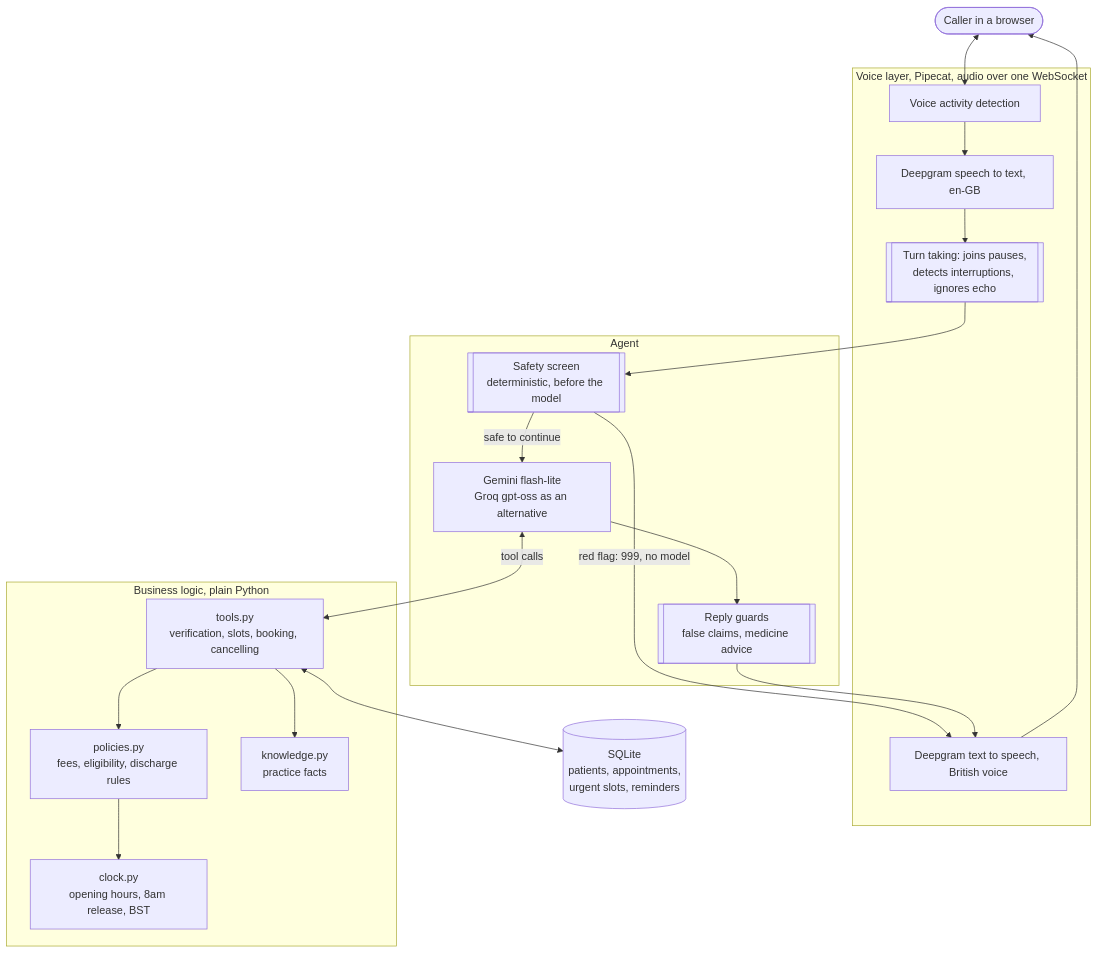
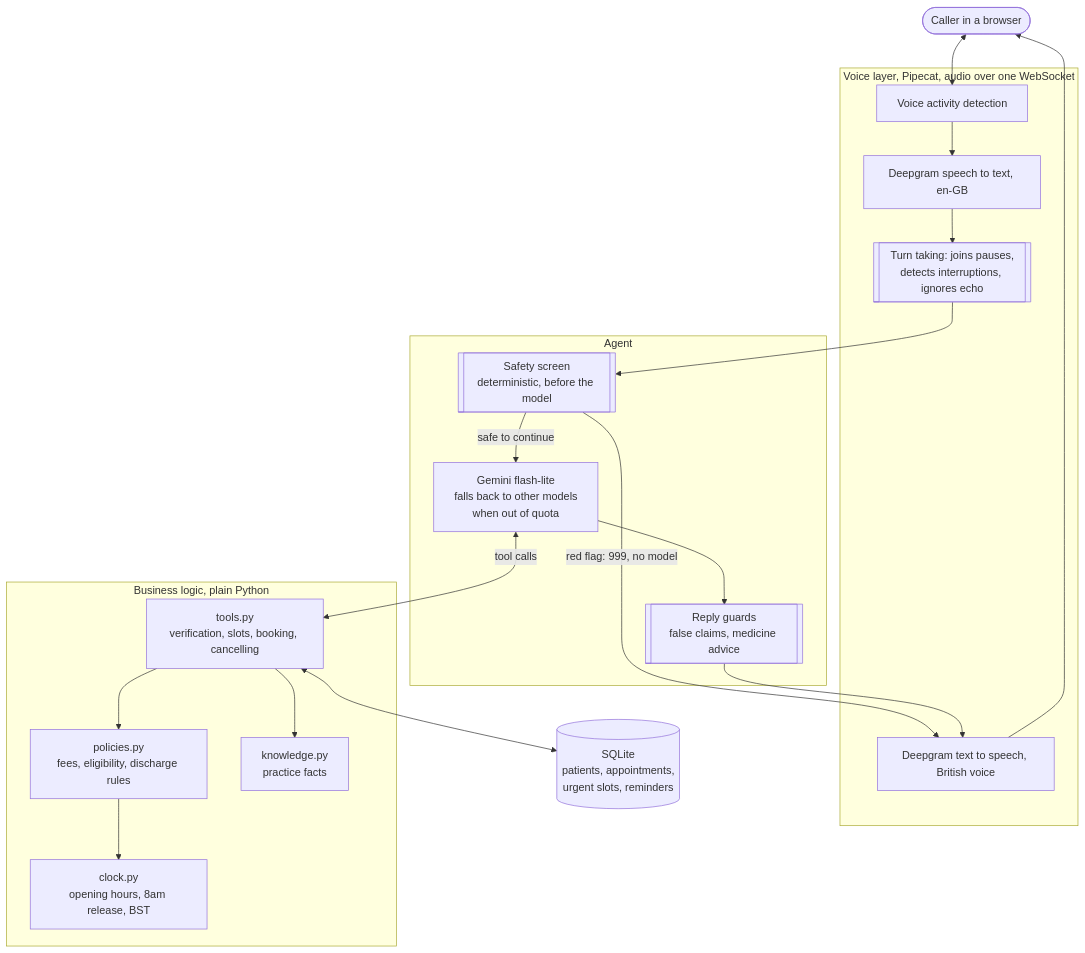
Before and after one commit to MihirGambhire/sophia-dental-voice-agent: the diagram in README.md, drawn with Mermaid. The commit also changed other lines of this file and 14 other files, not shown here.

````diff
--- a/README.md
+++ b/README.md
@@ -132,37 +132,37 @@
 ```mermaid
 flowchart TB
     Caller([Caller in a browser])
 
     subgraph Voice["Voice layer, Pipecat, audio over one WebSocket"]
         VAD[Voice activity detection]
         STT[Deepgram speech to text, en-GB]
         Turn[[Turn taking: joins pauses,<br/>detects interruptions, ignores echo]]
         TTS[Deepgram text to speech, British voice]
     end
 
     subgraph Agent["Agent"]
         Safety[[Safety screen<br/>deterministic, before the model]]
-        LLM[Gemini flash-lite<br/>Groq gpt-oss as an alternative]
+        LLM[Gemini flash-lite<br/>falls back to other models<br/>when out of quota]
         Guards[[Reply guards<br/>false claims, medicine advice]]
     end
 
     subgraph Logic["Business logic, plain Python"]
         Tools[tools.py<br/>verification, slots, booking, cancelling]
         Policies[policies.py<br/>fees, eligibility, discharge rules]
         Clock[clock.py<br/>opening hours, 8am release, BST]
         Knowledge[knowledge.py<br/>practice facts]
     end
 
     DB[(SQLite<br/>patients, appointments,<br/>urgent slots, reminders)]
 
     Caller <--> VAD --> STT --> Turn
     Turn --> Safety
     Safety -->|red flag: 999, no model| TTS
     Safety -->|safe to continue| LLM
     LLM <-->|tool calls| Tools
     LLM --> Guards --> TTS
     TTS --> Caller
     Tools --> Policies --> Clock
     Tools --> Knowledge
     Tools <--> DB
 ```
````
